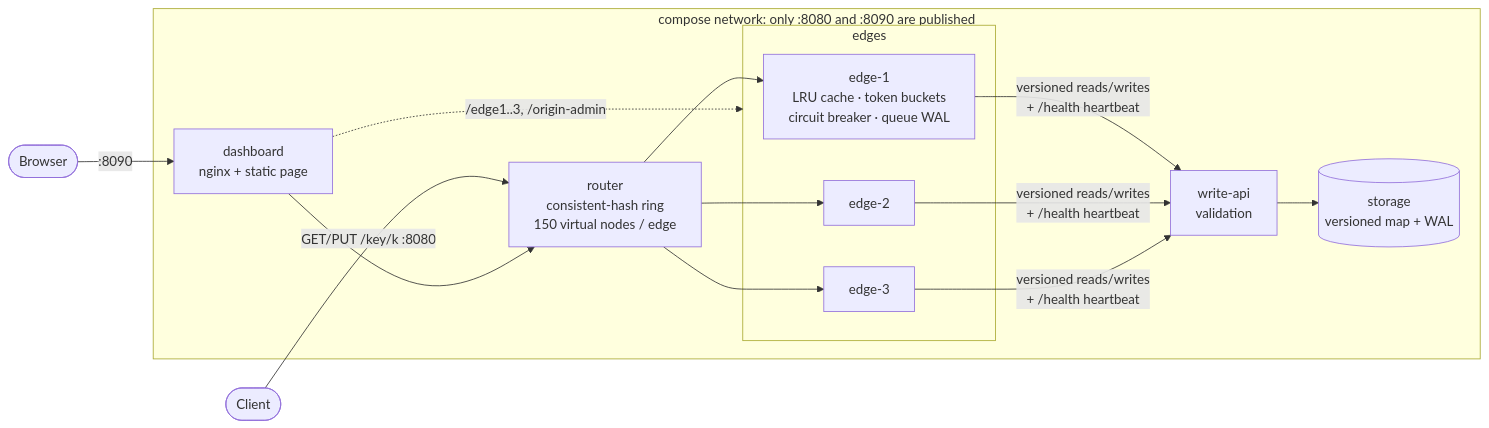
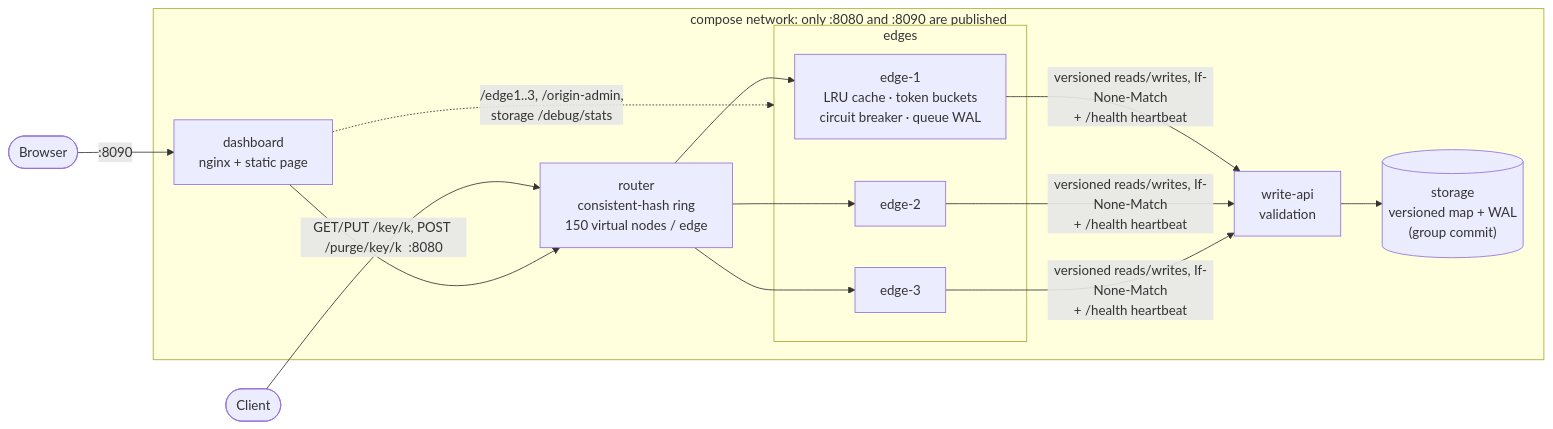
The diagram in README.md (kush300304/Outpost), drawn with Mermaid before and after one commit. The commit also changed other lines of this file, not shown here.

````diff
--- a/README.md
+++ b/README.md
@@ -26,20 +41,20 @@
 ```mermaid
 flowchart LR
-    client([Client]) -->|"GET/PUT /key/k  :8080"| router
+    client([Client]) -->|"GET/PUT /key/k, POST /purge/key/k  :8080"| router
     browser([Browser]) -->|":8090"| dashboard
     subgraph net["compose network: only :8080 and :8090 are published"]
         dashboard["dashboard<br/>nginx + static page"] --> router
-        dashboard -.->|"/edge1..3, /origin-admin"| edges
+        dashboard -.->|"/edge1..3, /origin-admin,<br/>storage /debug/stats"| edges
         router["router<br/>consistent-hash ring<br/>150 virtual nodes / edge"]
         router --> e1
         router --> e2
         router --> e3
         subgraph edges["edges"]
             e1["edge-1<br/>LRU cache · token buckets<br/>circuit breaker · queue WAL"]
             e2["edge-2"]
             e3["edge-3"]
         end
-        e1 & e2 & e3 -->|"versioned reads/writes<br/>+ /health heartbeat"| writeapi["write-api<br/>validation"]
-        writeapi --> storage[("storage<br/>versioned map + WAL")]
+        e1 & e2 & e3 -->|"versioned reads/writes, If-None-Match<br/>+ /health heartbeat"| writeapi["write-api<br/>validation"]
+        writeapi --> storage[("storage<br/>versioned map + WAL<br/>(group commit)")]
     end
 ```
````
